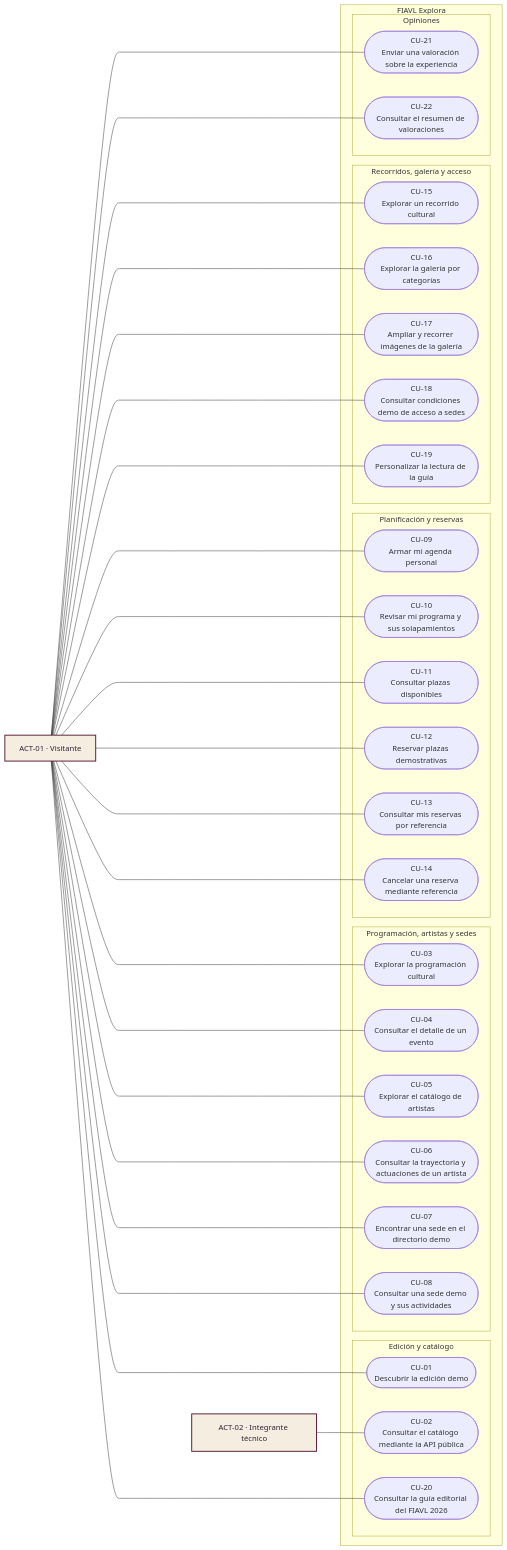
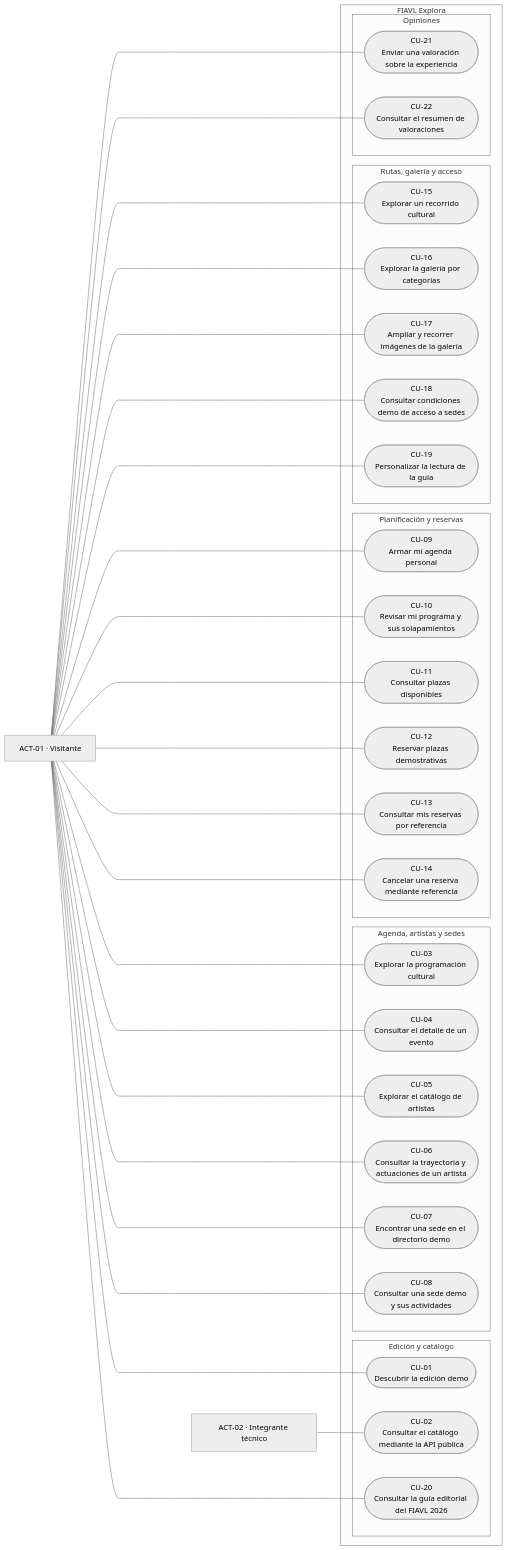
The diagram in docs/architecture/05-vista-escenarios.md (magomez36/FIAVL_Arquitectura-de-Software), drawn with Mermaid before and after one commit. The commit also changed 143 other files, not shown here.

Commit message:
docs(architecture): simplifica documentacion y corrige exportacion completa del PDF

````diff
--- a/docs/architecture/05-vista-escenarios.md
+++ b/docs/architecture/05-vista-escenarios.md
@@ -9,63 +9,65 @@
 ```mermaid
+---
+config:
+  theme: neutral
+---
 flowchart LR
   V["ACT-01 · Visitante"]
   T["ACT-02 · Integrante técnico"]
   subgraph FI["FIAVL Explora"]
     subgraph IN["Edición y catálogo"]
       CU01(["CU-01<br/>Descubrir la edición demo"])
       CU02(["CU-02<br/>Consultar el catálogo mediante la API pública"])
       CU20(["CU-20<br/>Consultar la guía editorial del FIAVL 2026"])
     end
-    subgraph EX["Programación, artistas y sedes"]
+    subgraph EX["Agenda, artistas y sedes"]
       CU03(["CU-03<br/>Explorar la programación cultural"])
       CU04(["CU-04<br/>Consultar el detalle de un evento"])
       CU05(["CU-05<br/>Explorar el catálogo de artistas"])
       CU06(["CU-06<br/>Consultar la trayectoria y actuaciones de un artista"])
       CU07(["CU-07<br/>Encontrar una sede en el directorio demo"])
       CU08(["CU-08<br/>Consultar una sede demo y sus actividades"])
     end
     subgraph PL["Planificación y reservas"]
       CU09(["CU-09<br/>Armar mi agenda personal"])
       CU10(["CU-10<br/>Revisar mi programa y sus solapamientos"])
       CU11(["CU-11<br/>Consultar plazas disponibles"])
       CU12(["CU-12<br/>Reservar plazas demostrativas"])
       CU13(["CU-13<br/>Consultar mis reservas por referencia"])
       CU14(["CU-14<br/>Cancelar una reserva mediante referencia"])
     end
-    subgraph VI["Recorridos, galería y acceso"]
+    subgraph VI["Rutas, galería y acceso"]
       CU15(["CU-15<br/>Explorar un recorrido cultural"])
       CU16(["CU-16<br/>Explorar la galería por categorías"])
       CU17(["CU-17<br/>Ampliar y recorrer imágenes de la galería"])
       CU18(["CU-18<br/>Consultar condiciones demo de acceso a sedes"])
       CU19(["CU-19<br/>Personalizar la lectura de la guía"])
     end
     subgraph OP["Opiniones"]
       CU21(["CU-21<br/>Enviar una valoración sobre la experiencia"])
       CU22(["CU-22<br/>Consultar el resumen de valoraciones"])
     end
   end
   V --- CU01
   T --- CU02
   V --- CU03
   V --- CU04
   V --- CU05
   V --- CU06
   V --- CU07
   V --- CU08
   V ----- CU09
   V ----- CU10
   V ----- CU11
   V ----- CU12
   V ----- CU13
   V ----- CU14
   V ------- CU15
   V ------- CU16
   V ------- CU17
   V ------- CU18
   V ------- CU19
   V --- CU20
   V ------- CU21
   V ------- CU22
-  classDef actor fill:#F5EDE0,stroke:#591C37,color:#302237,stroke-width:2px
-  class V,T actor
 ```
````
